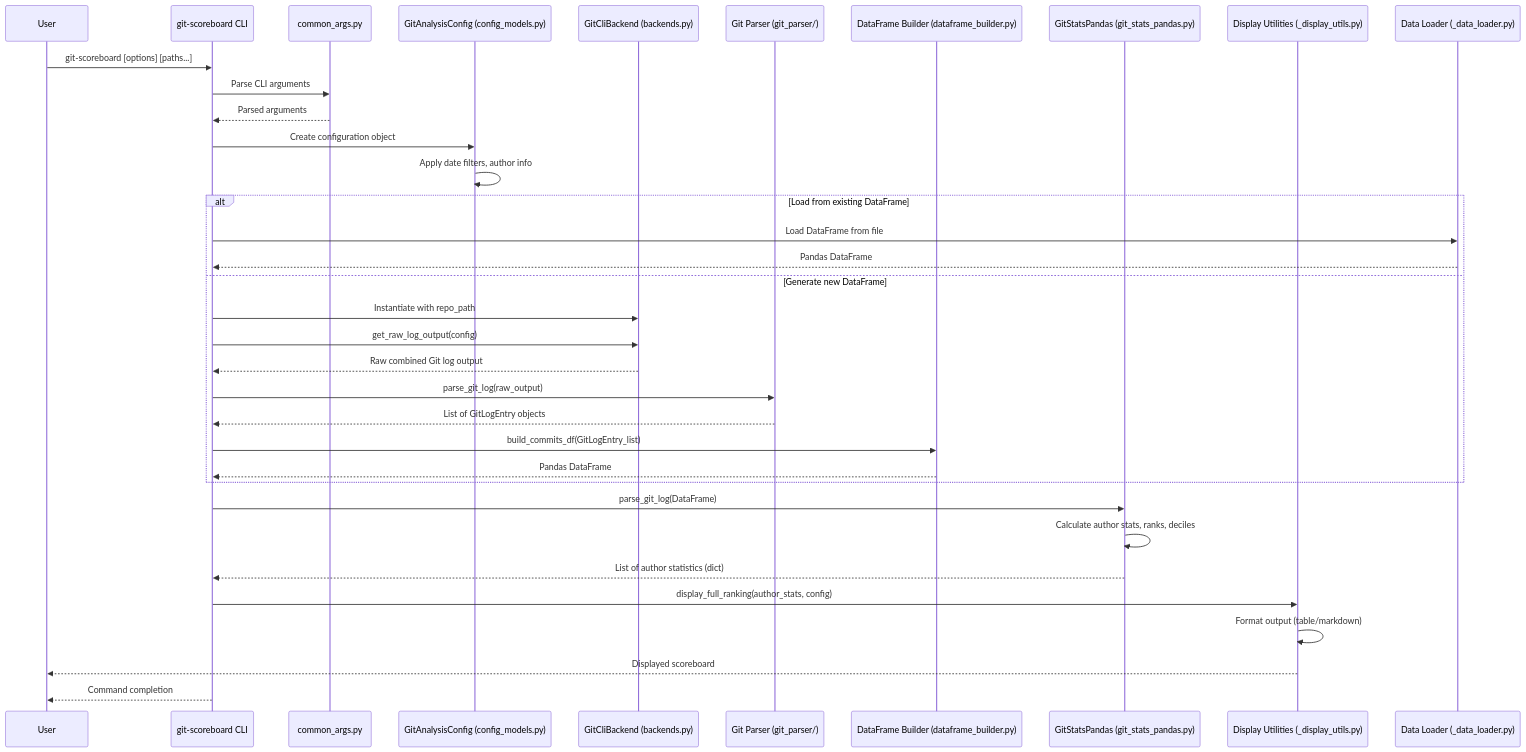
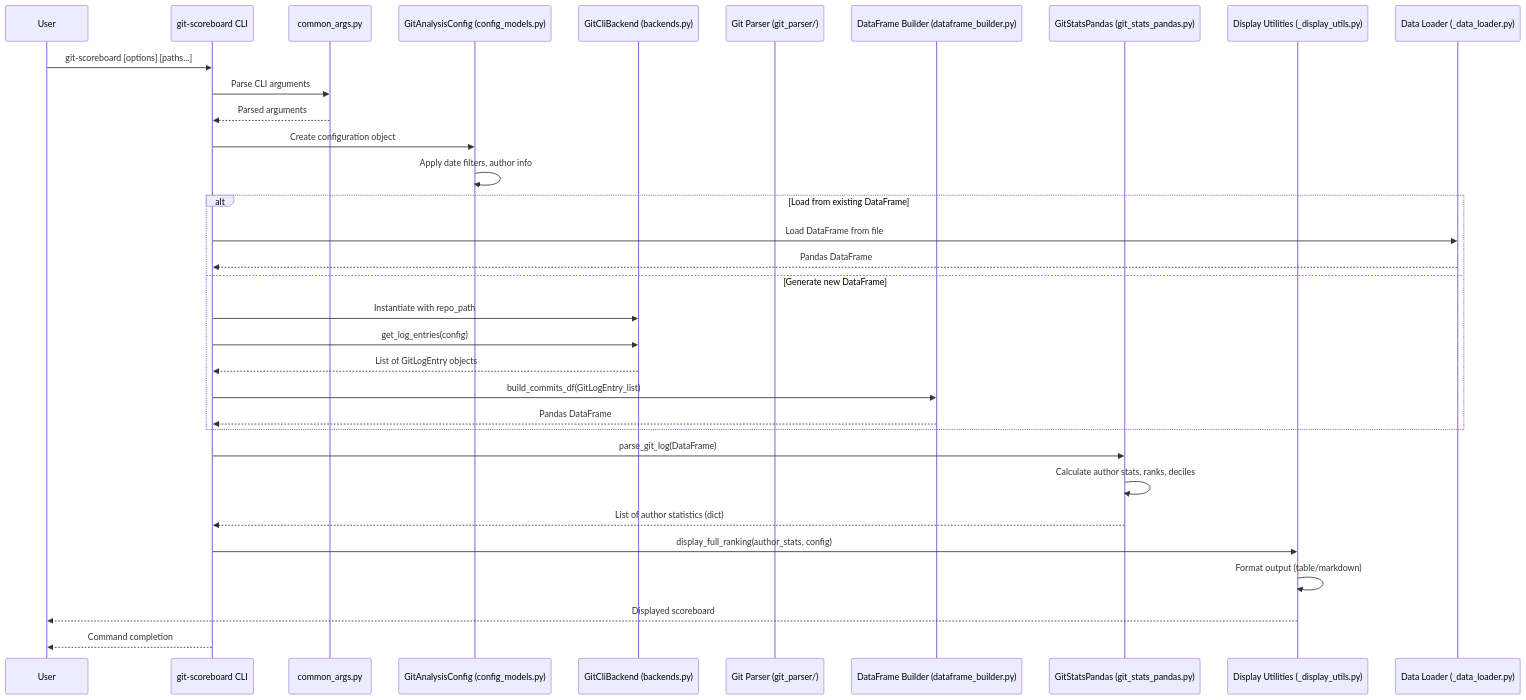
One commit to rbagchi/git-dataframe-tools changed the third of 3 diagrams in TECHNICAL_WALKTHROUGH.md. Above: the diagram before and after it, drawn with Mermaid. The commit also changed other lines of this file and 2 other files, not shown here.

Commit message:
docs: Update documentation to reflect backend standardization

````diff
--- a/TECHNICAL_WALKTHROUGH.md
+++ b/TECHNICAL_WALKTHROUGH.md
@@ -111,38 +109,36 @@
 ```mermaid
 sequenceDiagram
     participant User
     participant scoreboard as git-scoreboard CLI
     participant common_args as common_args.py
     participant GitAnalysisConfig as GitAnalysisConfig (config_models.py)
     participant GitCliBackend as GitCliBackend (backends.py)
     participant GitParser as Git Parser (git_parser/)
     participant DataFrameBuilder as DataFrame Builder (dataframe_builder.py)
     participant GitStatsPandas as GitStatsPandas (git_stats_pandas.py)
     participant DisplayUtils as Display Utilities (_display_utils.py)
     participant DataLoader as Data Loader (_data_loader.py)
 
     User->>scoreboard: git-scoreboard [options] [paths...]
     scoreboard->>common_args: Parse CLI arguments
     common_args-->>scoreboard: Parsed arguments
     scoreboard->>GitAnalysisConfig: Create configuration object
     GitAnalysisConfig->>GitAnalysisConfig: Apply date filters, author info
     alt Load from existing DataFrame
         scoreboard->>DataLoader: Load DataFrame from file
         DataLoader-->>scoreboard: Pandas DataFrame
     else Generate new DataFrame
         scoreboard->>GitCliBackend: Instantiate with repo_path
-        scoreboard->>GitCliBackend: get_raw_log_output(config)
-        GitCliBackend-->>scoreboard: Raw combined Git log output
-        scoreboard->>GitParser: parse_git_log(raw_output)
-        GitParser-->>scoreboard: List of GitLogEntry objects
+        scoreboard->>GitCliBackend: get_log_entries(config)
+        GitCliBackend-->>scoreboard: List of GitLogEntry objects
         scoreboard->>DataFrameBuilder: build_commits_df(GitLogEntry_list)
         DataFrameBuilder-->>scoreboard: Pandas DataFrame
     end
     scoreboard->>GitStatsPandas: parse_git_log(DataFrame)
     GitStatsPandas->>GitStatsPandas: Calculate author stats, ranks, deciles
     GitStatsPandas-->>scoreboard: List of author statistics (dict)
     scoreboard->>DisplayUtils: display_full_ranking(author_stats, config)
     DisplayUtils->>DisplayUtils: Format output (table/markdown)
     DisplayUtils-->>User: Displayed scoreboard
     scoreboard-->>User: Command completion
 ```
````
